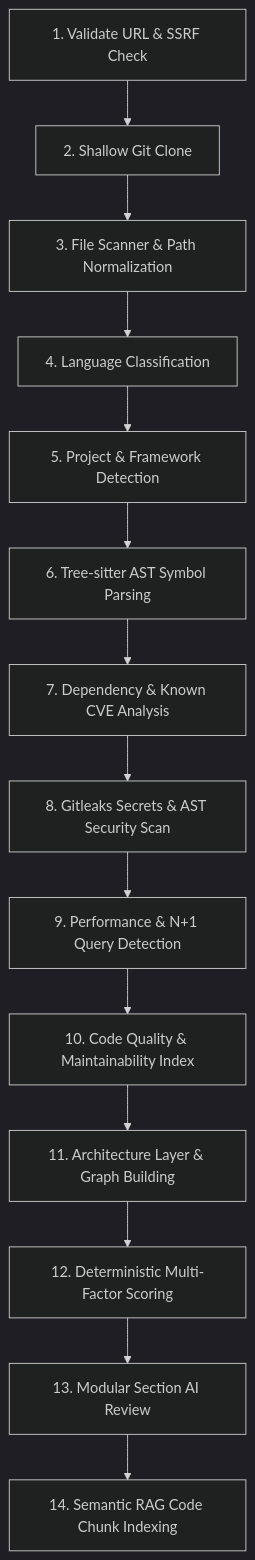
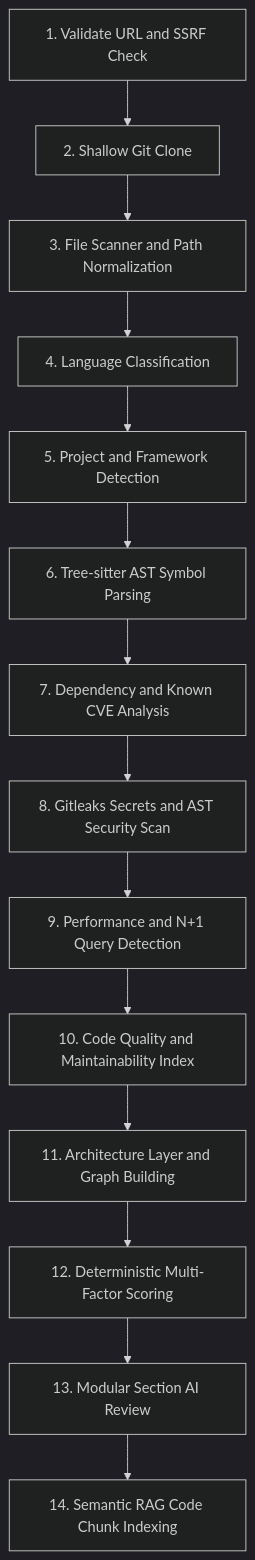
The fourth of 4 diagrams in README.md (Berkan0535/-CodeXray), drawn with Mermaid (dark theme) before and after one commit. The commit also changed other lines of this file, not shown here.

Commit message:
fix(docs): resolve Mermaid parser error by removing invalid cylinder quotes and spacing

````diff
--- a/README.md
+++ b/README.md
@@ -209,16 +212,19 @@
 ```mermaid
 flowchart TD
-    S1["1. Validate URL & SSRF Check"] --> S2["2. Shallow Git Clone"]
-    S2 --> S3["3. File Scanner & Path Normalization"]
-    S3 --> S4["4. Language Classification"]
-    S4 --> S5["5. Project & Framework Detection"]
-    S5 --> S6["6. Tree-sitter AST Symbol Parsing"]
-    S6 --> S7["7. Dependency & Known CVE Analysis"]
-    S7 --> S8["8. Gitleaks Secrets & AST Security Scan"]
-    S8 --> S9["9. Performance & N+1 Query Detection"]
-    S9 --> S10["10. Code Quality & Maintainability Index"]
-    S10 --> S11["11. Architecture Layer & Graph Building"]
-    S11 --> S12["12. Deterministic Multi-Factor Scoring"]
-    S12 --> S13["13. Modular Section AI Review"]
-    S13 --> S14["14. Semantic RAG Code Chunk Indexing"]
+    S1["1. Validate URL and SSRF Check"]
+    S2["2. Shallow Git Clone"]
+    S3["3. File Scanner and Path Normalization"]
+    S4["4. Language Classification"]
+    S5["5. Project and Framework Detection"]
+    S6["6. Tree-sitter AST Symbol Parsing"]
+    S7["7. Dependency and Known CVE Analysis"]
+    S8["8. Gitleaks Secrets and AST Security Scan"]
+    S9["9. Performance and N+1 Query Detection"]
+    S10["10. Code Quality and Maintainability Index"]
+    S11["11. Architecture Layer and Graph Building"]
+    S12["12. Deterministic Multi-Factor Scoring"]
+    S13["13. Modular Section AI Review"]
+    S14["14. Semantic RAG Code Chunk Indexing"]
+
+    S1 --> S2 --> S3 --> S4 --> S5 --> S6 --> S7 --> S8 --> S9 --> S10 --> S11 --> S12 --> S13 --> S14
 ```
````
